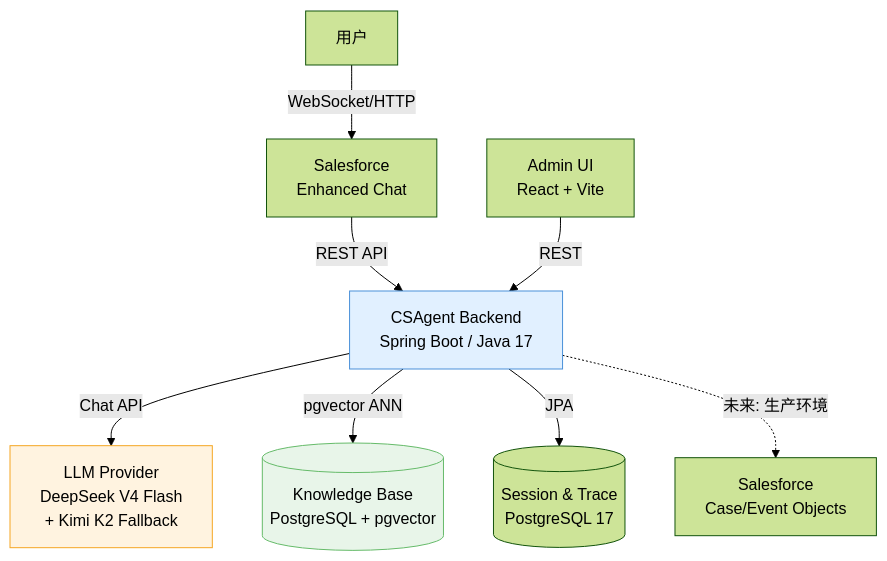
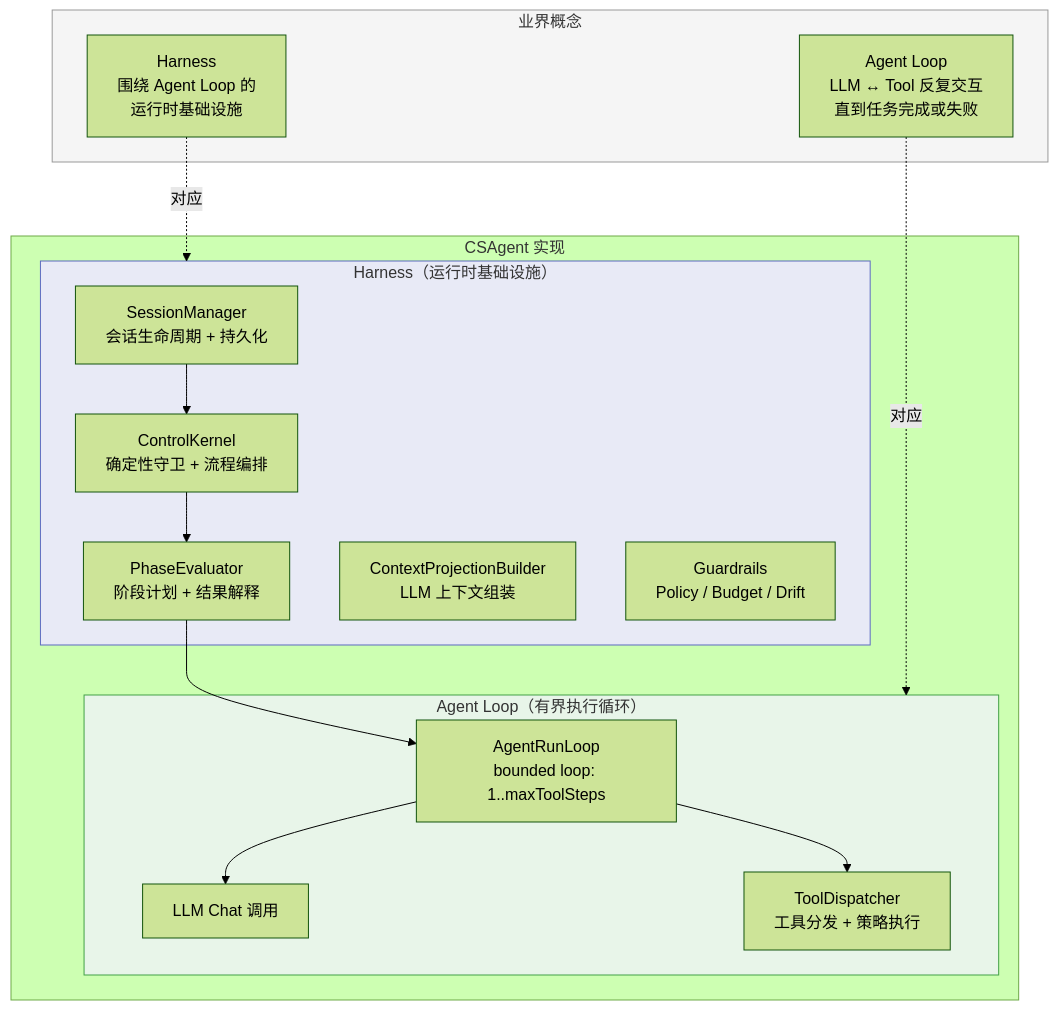
One commit to caoruixin/csagent changed the third of 27 diagrams in csagent_system_design_review.md. Above: the diagram before and after it, drawn with Mermaid (forest theme). The commit also changed other lines of this file and 40 other files, not shown here.

````diff
--- a/csagent_system_design_review.md
+++ b/csagent_system_design_review.md
@@ -89,14 +306,35 @@
 ```mermaid
 graph TB
-    User[用户] -->|WebSocket/HTTP| SF[Salesforce<br/>Enhanced Chat]
-    SF -->|REST API| API[CSAgent Backend<br/>Spring Boot / Java 17]
-    API -->|Chat API| LLM[LLM Provider<br/>DeepSeek V4 Flash<br/>+ Kimi K2 Fallback]
-    API -->|pgvector ANN| KB[(Knowledge Base<br/>PostgreSQL + pgvector)]
-    API -->|JPA| DB[(Session & Trace<br/>PostgreSQL 17)]
-    API -.->|未来: 生产环境| SFC[Salesforce<br/>Case/Event Objects]
-    AdminUI[Admin UI<br/>React + Vite] -->|REST| API
+    subgraph Industry["业界概念"]
+        AL["Agent Loop<br/>LLM ↔ Tool 反复交互<br/>直到任务完成或失败"]
+        HA["Harness<br/>围绕 Agent Loop 的<br/>运行时基础设施"]
+    end
 
-    style API fill:#e1f0ff,stroke:#4a90d9
-    style LLM fill:#fff3e0,stroke:#f5a623
-    style KB fill:#e8f5e9,stroke:#66bb6a
+    subgraph CSAgent["CSAgent 实现"]
+        subgraph Harness["Harness（运行时基础设施）"]
+            SM["SessionManager<br/>会话生命周期 + 持久化"]
+            CK["ControlKernel<br/>确定性守卫 + 流程编排"]
+            PE["PhaseEvaluator<br/>阶段计划 + 结果解释"]
+            CP["ContextProjectionBuilder<br/>LLM 上下文组装"]
+            GR["Guardrails<br/>Policy / Budget / Drift"]
+        end
+        subgraph AgentLoop["Agent Loop（有界执行循环）"]
+            ARL["AgentRunLoop<br/>bounded loop: 1..maxToolSteps"]
+            LLM["LLM Chat 调用"]
+            TD["ToolDispatcher<br/>工具分发 + 策略执行"]
+        end
+    end
+
+    AL -.->|对应| AgentLoop
+    HA -.->|对应| Harness
+
+    SM --> CK
+    CK --> PE
+    PE --> ARL
+    ARL --> LLM
+    ARL --> TD
+
+    style Industry fill:#f5f5f5,stroke:#999
+    style Harness fill:#e8eaf6,stroke:#5c6bc0
+    style AgentLoop fill:#e8f5e9,stroke:#43a047
 ```
````
